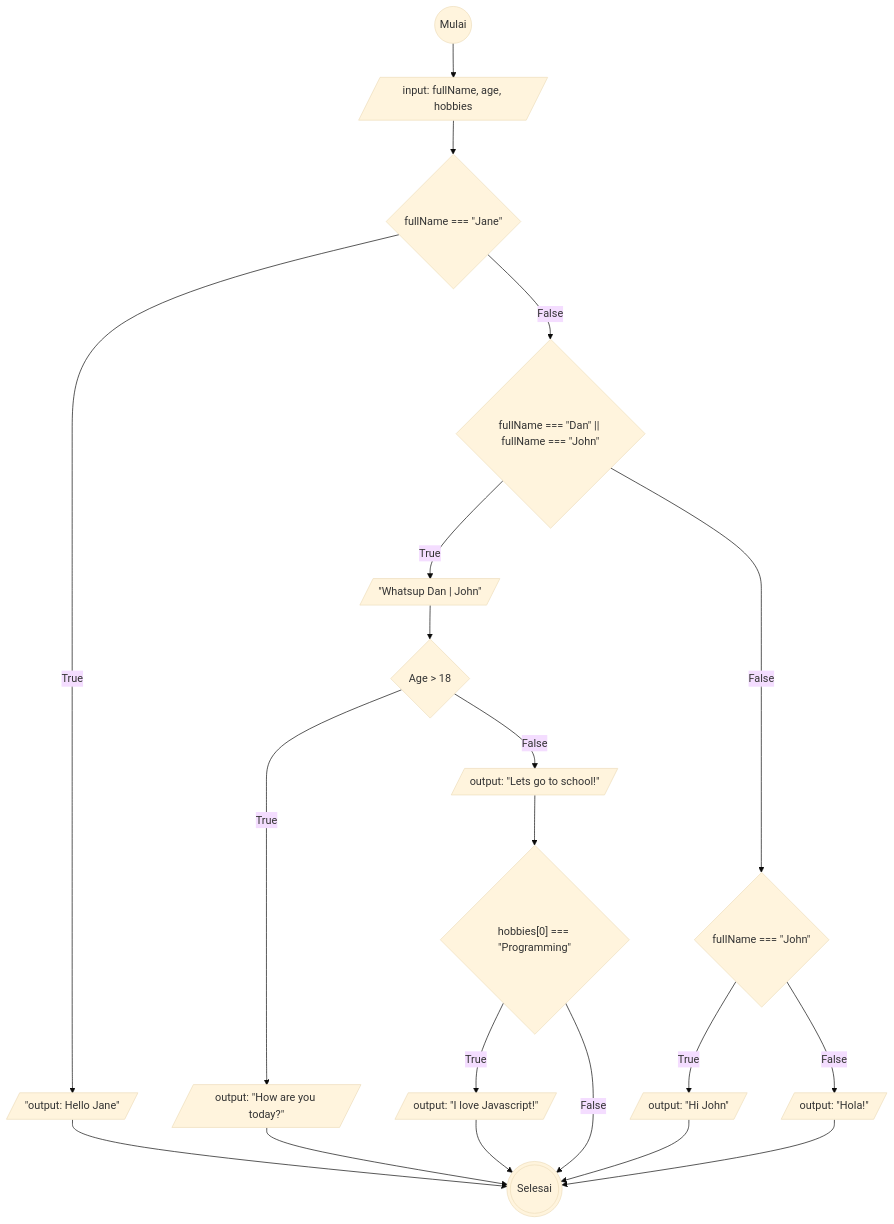
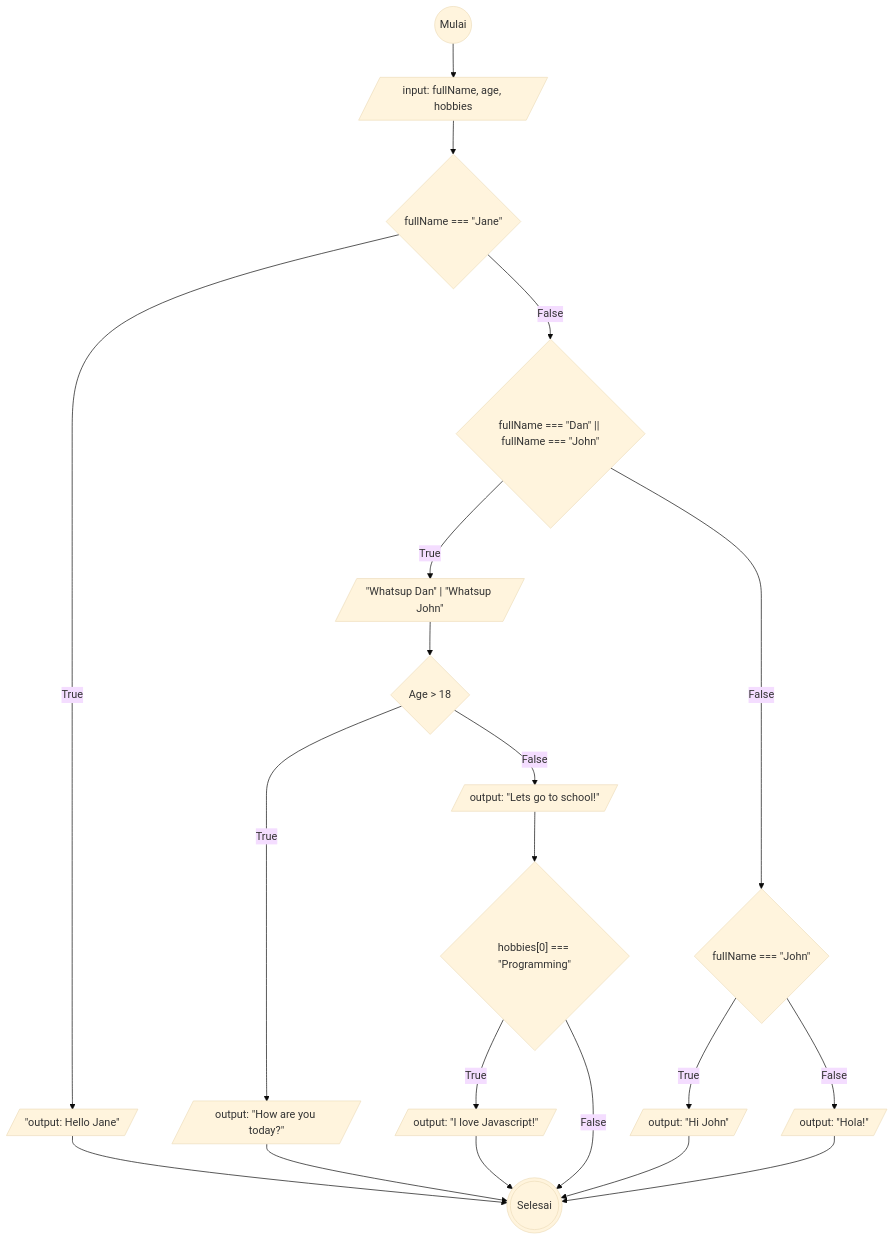
One commit to Arif14377/koda-b6-javascript1 changed the diagram in task3.md. Above: the diagram before and after it, drawn with Mermaid (base theme).

````diff
--- a/task3.md
+++ b/task3.md
@@ -3,42 +3,42 @@
 ```mermaid
 flowchart TD
 
 start@{shape: circle, label: "Mulai"}
 varInput@{shape: lean-r, label: "input: fullName, age, hobbies"}
 isJane@{shape: diamond, label: 'fullName === "Jane"'}
 trueJane@{shape: lean-r, label: '"output: Hello Jane"'}
 falseJane@{shape: diamond, label: 'fullName === "Dan" || fullName === "John"'}
-trueDanJohn@{shape: lean-r, label: '"Whatsup Dan | John"'}
+trueDanJohn@{shape: lean-r, label: '"Whatsup Dan" | "Whatsup John"'}
 isAge@{shape: diamond, label: "Age > 18"}
 trueAge@{shape: lean-r, label: 'output: "How are you today?"'}
 falseAge@{shape: lean-r, label: 'output: "Lets go to school!"'}
 isHobbies@{shape: diamond, label: 'hobbies[0] === "Programming"'}
 trueHobbies@{shape: lean-r, label: 'output: "I love Javascript!"'}
 isJohn@{shape: diamond, label: 'fullName === "John"'}
 trueJohn@{shape: lean-r, label: 'output: "Hi John"'}
 falseJohn@{shape: lean-r, label: 'output: "Hola!"'}
 
 stop@{shape: dbl-circ, label: "Selesai"}
 
 
 
 start-->varInput
 varInput-->isJane
 isJane--True-->trueJane
 isJane--False-->falseJane
 falseJane--True-->trueDanJohn
 trueDanJohn-->isAge
 isAge--True-->trueAge
 isAge--False-->falseAge
 falseAge-->isHobbies
 isHobbies--True-->trueHobbies
 isHobbies--False-->stop
 falseJane--False-->isJohn
 isJohn--True-->trueJohn
 isJohn--False-->falseJohn
 trueJane-->stop
 trueAge-->stop
 trueHobbies-->stop
 trueJohn-->stop
 falseJohn-->stop
 ```
````
